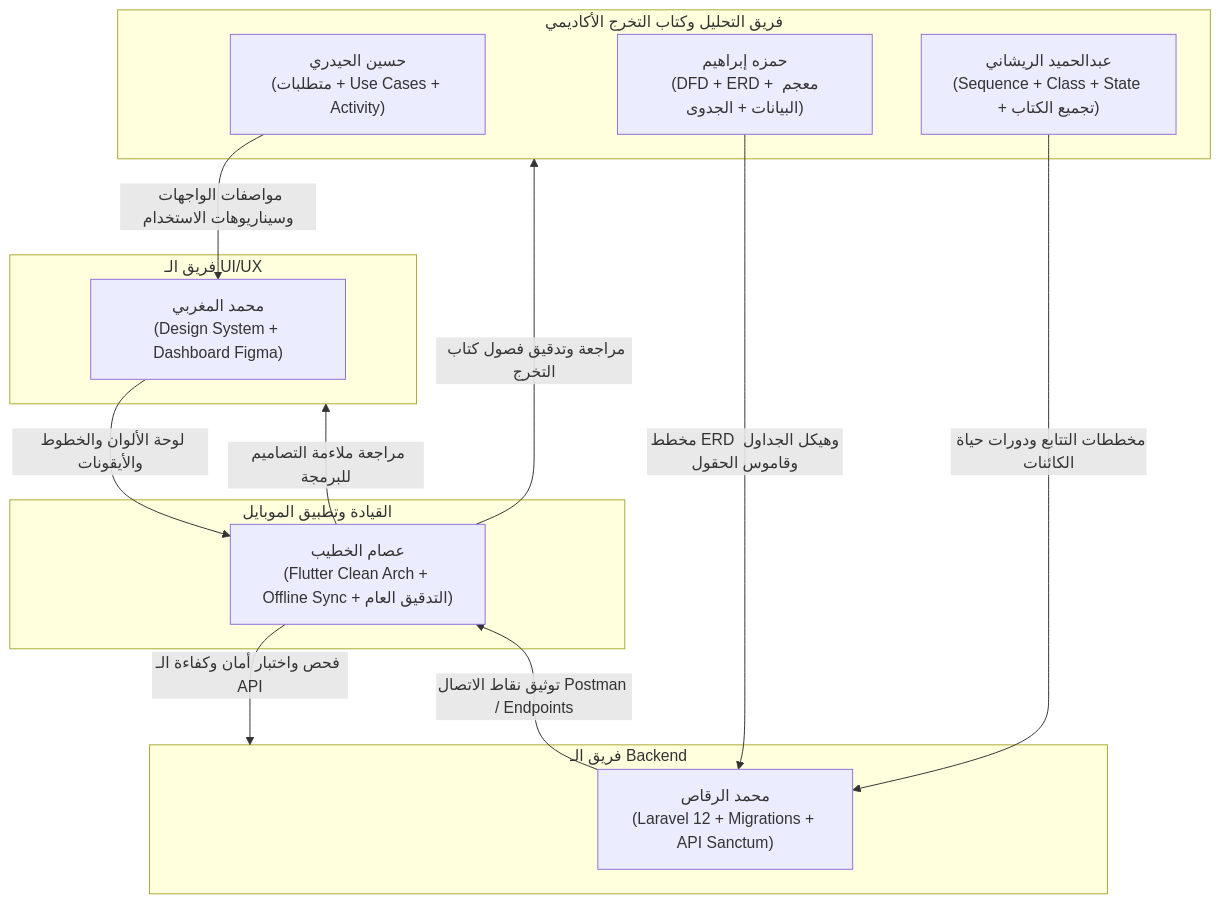
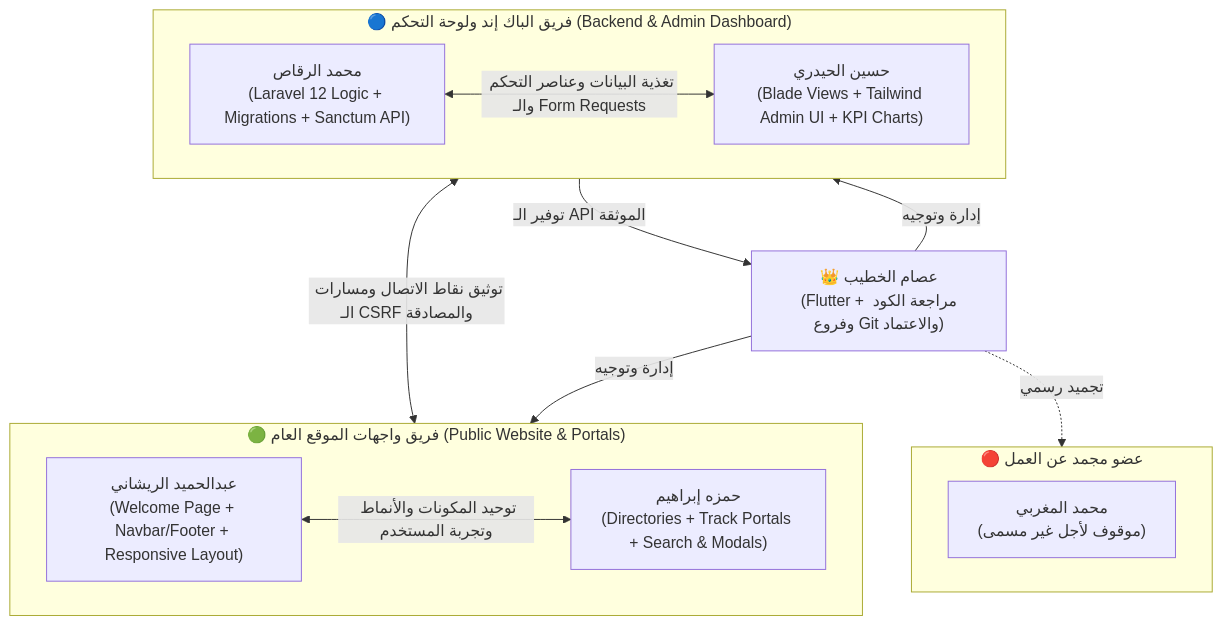
One commit to Essami779/PMMS changed the diagram in TeamWork/00_دليل_الفريق_وخريطة_التنسيق.md. Above: the diagram before and after it, drawn with Mermaid. The commit also changed other lines of this file and 10 other files, not shown here.

Commit message:
fix: handle null pointer exception in user authentication flow

````diff
--- a/TeamWork/00_دليل_الفريق_وخريطة_التنسيق.md
+++ b/TeamWork/00_دليل_الفريق_وخريطة_التنسيق.md
@@ -37,29 +36,27 @@
 ```mermaid
 flowchart TD
-    subgraph AnalysisTeam ["فريق التحليل وكتاب التخرج الأكاديمي"]
-        H1["حسين الحيدري\n(متطلبات + Use Cases + Activity)"]
-        H2["حمزه إبراهيم\n(DFD + ERD + معجم البيانات + الجدوى)"]
-        H3["عبدالحميد الريشاني\n(Sequence + Class + State + تجميع الكتاب)"]
+    Lead["👑 عصام الخطيب\n(Flutter + مراجعة الكود وفروع Git والاعتماد)"]
+
+    subgraph Backend_Admin ["🔵 فريق الباك إند ولوحة التحكم (Backend & Admin Dashboard)"]
+        Raqas["محمد الرقاص\n(Laravel 12 Logic + Migrations + Sanctum API)"]
+        Hussain["حسين الحيدري\n(Blade Views + Tailwind Admin UI + KPI Charts)"]
+        Raqas <-->|تغذية البيانات وعناصر التحكم والـ Form Requests| Hussain
     end
 
-    subgraph DesignTeam ["فريق الـ UI/UX"]
-        M1["محمد المغربي\n(Design System + Dashboard Figma)"]
+    subgraph Frontend_Website ["🟢 فريق واجهات الموقع العام (Public Website & Portals)"]
+        Abdulhamid["عبدالحميد الريشاني\n(Welcome Page + Navbar/Footer + Responsive Layout)"]
+        Hamzah["حمزه إبراهيم\n(Directories + Track Portals + Search & Modals)"]
+        Abdulhamid <-->|توحيد المكونات والأنماط وتجربة المستخدم| Hamzah
     end
 
-    subgraph BackendTeam ["فريق الـ Backend"]
-        M2["محمد الرقاص\n(Laravel 12 + Migrations + API Sanctum)"]
+    subgraph Suspended_Member ["🔴 عضو مجمد عن العمل"]
+        Maghrabi["محمد المغربي\n(موقوف لأجل غير مسمى)"]
     end
 
-    subgraph LeadAppTeam ["القيادة وتطبيق الموبايل"]
-        E1["عصام الخطيب\n(Flutter Clean Arch + Offline Sync + التدقيق العام)"]
-    end
+    Lead -->|إدارة وتوجيه| Backend_Admin
+    Lead -->|إدارة وتوجيه| Frontend_Website
+    Lead -.->|تجميد رسمي| Suspended_Member
 
-    H1 -->|مواصفات الواجهات وسيناريوهات الاستخدام| M1
-    H2 -->|مخطط ERD وهيكل الجداول وقاموس الحقول| M2
-    H3 -->|مخططات التتابع ودورات حياة الكائنات| M2
-    M1 -->|لوحة الألوان والخطوط والأيقونات| E1
-    M2 -->|توثيق نقاط الاتصال Postman / Endpoints| E1
-    E1 -->|مراجعة وتدقيق فصول كتاب التخرج| AnalysisTeam
-    E1 -->|مراجعة ملاءمة التصاميم للبرمجة| DesignTeam
-    E1 -->|فحص واختبار أمان وكفاءة الـ API| BackendTeam
+    Backend_Admin <-->|توثيق نقاط الاتصال ومسارات الـ CSRF والمصادقة| Frontend_Website
+    Backend_Admin -->|توفير الـ API الموثقة| Lead
 ```
````
